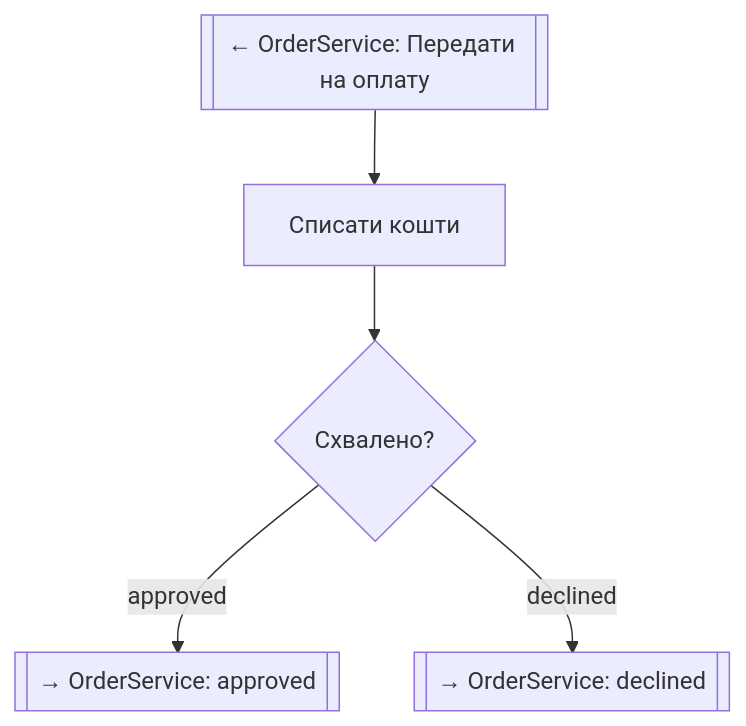
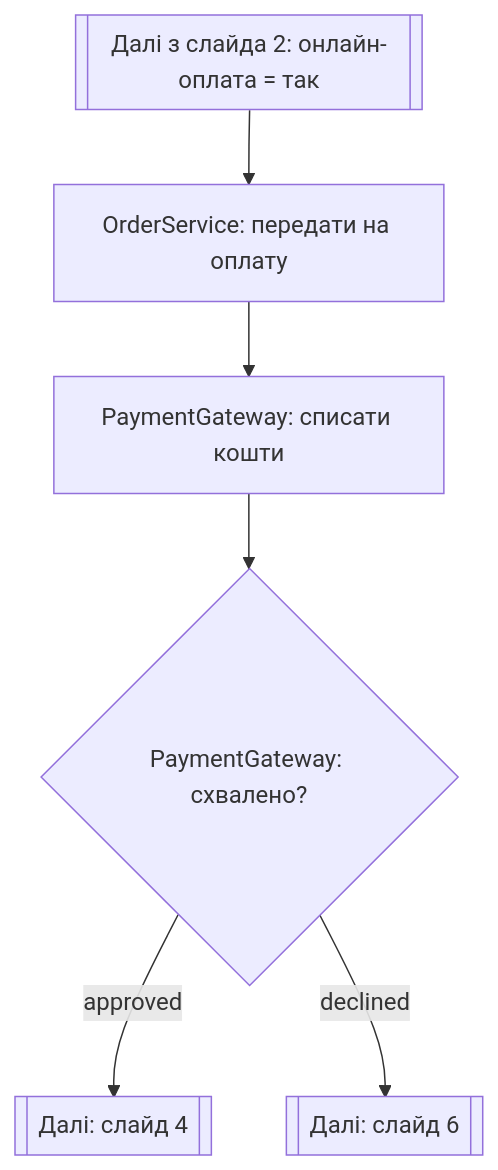
One commit to Stefect/Modeling-and-Analysis-of-Software-Requirements changed the third of 6 diagrams in task-4/activity.md. Above: the diagram before and after it, drawn with Mermaid. The commit also changed other lines of this file and 3 other files, not shown here.

````diff
--- a/task-4/activity.md
+++ b/task-4/activity.md
@@ -55,7 +36,8 @@
 ```mermaid
 flowchart TB
-    P_in[[← OrderService: Передати на оплату]] --> P1[Списати кошти]
-    P1 --> P2{Схвалено?}
-    P2 -- approved --> P2ok[[→ OrderService: approved]]
-    P2 -- declined --> P2no[[→ OrderService: declined]]
+    IN3[[Далі з слайда 2: онлайн-оплата = так]] --> O10[OrderService: передати на оплату]
+    O10 --> P1[PaymentGateway: списати кошти]
+    P1 --> P2{PaymentGateway: схвалено?}
+    P2 -- approved --> NEXT3[[Далі: слайд 4]]
+    P2 -- declined --> NEXT6[[Далі: слайд 6]]
 ```
````
